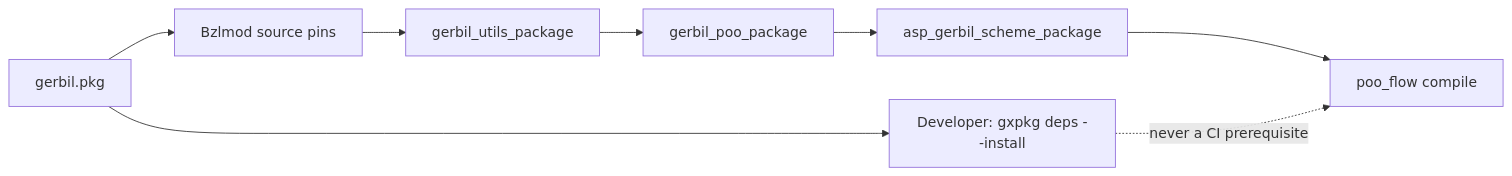
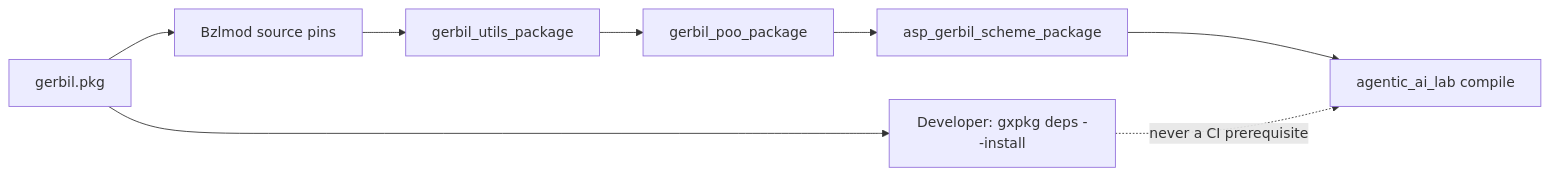
The second of 3 diagrams in module-system/design/147-adaptive-scheme-build-guard/05-cold-build-truth/04-ci-cache-pressure.org (tao3k/gebril-yuanxu), drawn with Mermaid before and after one commit. The commit also changed other lines of this file and 507 other files, not shown here.

```diff
--- a/module-system/design/147-adaptive-scheme-build-guard/05-cold-build-truth/04-ci-cache-pressure.org
+++ b/module-system/design/147-adaptive-scheme-build-guard/05-cold-build-truth/04-ci-cache-pressure.org
@@ -163,10 +163,10 @@
 #+begin_src mermaid
 flowchart LR
   PKG["gerbil.pkg"] --> DEV["Developer: gxpkg deps --install"]
   PKG --> PINS["Bzlmod source pins"]
   PINS --> UTILS["gerbil_utils_package"]
   UTILS --> POO["gerbil_poo_package"]
   POO --> ASP["asp_gerbil_scheme_package"]
-  ASP --> FLOW["poo_flow compile"]
+  ASP --> FLOW["agentic_ai_lab compile"]
   DEV -. "never a CI prerequisite" .-> FLOW
 #+end_src
```
